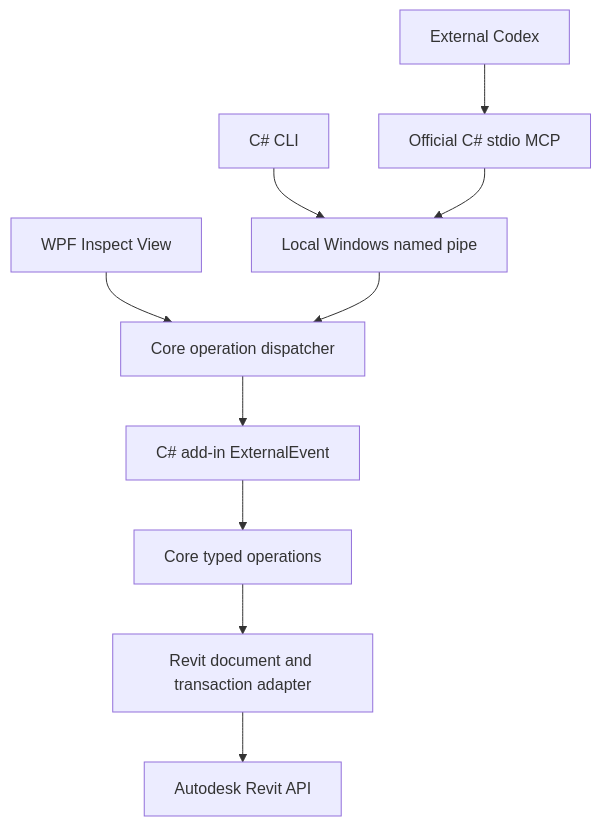
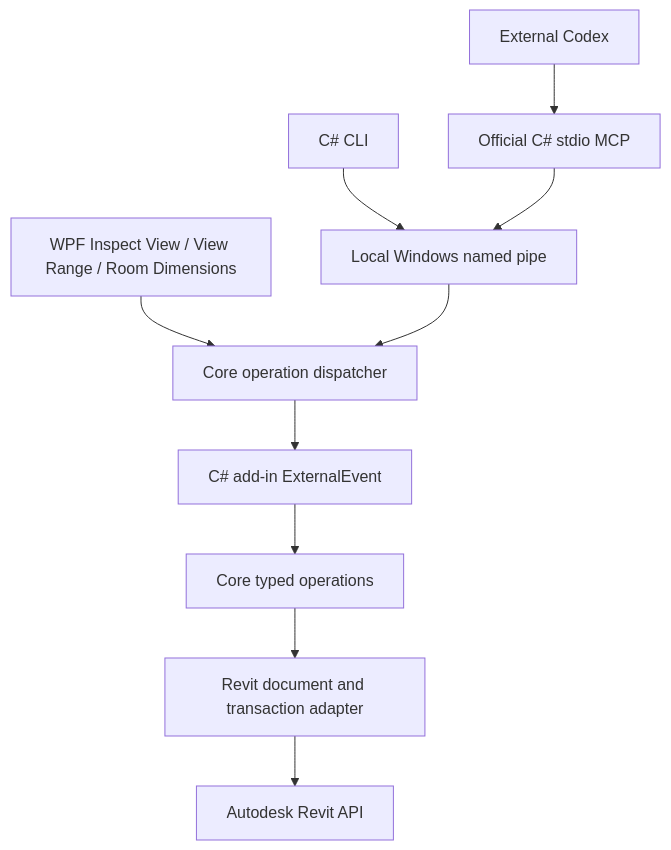
One commit to scwlkr/RevitThyme changed the diagram in docs/ARCHITECTURE.md. Above: the diagram before and after it, drawn with Mermaid. The commit also changed other lines of this file and 48 other files, not shown here.

````diff
--- a/docs/ARCHITECTURE.md
+++ b/docs/ARCHITECTURE.md
@@ -5,12 +5,12 @@
 ```mermaid
 flowchart TD
-    UI[WPF Inspect View] --> Queue[Core operation dispatcher]
+    UI[WPF Inspect View / View Range / Room Dimensions] --> Queue[Core operation dispatcher]
     CLI[C# CLI] --> Pipe[Local Windows named pipe]
     Codex[External Codex] --> MCP[Official C# stdio MCP]
     MCP --> Pipe
     Pipe --> Queue
     Queue --> Event[C# add-in ExternalEvent]
     Event --> Ops[Core typed operations]
     Ops --> Adapter[Revit document and transaction adapter]
     Adapter --> Revit[Autodesk Revit API]
 ```
````
